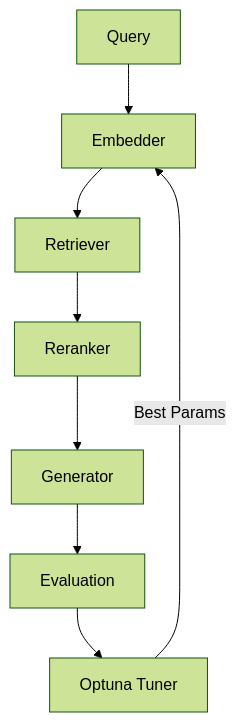
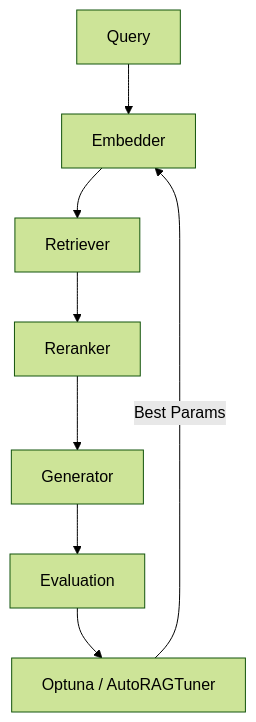
One commit to andyolivers/ragmint changed the diagram in README.md. Above: the diagram before and after it, drawn with Mermaid (forest theme). The commit also changed other lines of this file and 11 other files, not shown here.

Commit message:
feat: Added with AutoTuner, Explainer, and Leaderboard features

````diff
--- a/README.md
+++ b/README.md
@@ -184,10 +241,10 @@
 ```mermaid
 flowchart TD
     A[Query] --> B[Embedder]
     B --> C[Retriever]
     C --> D[Reranker]
     D --> E[Generator]
     E --> F[Evaluation]
-    F --> G[Optuna Tuner]
+    F --> G[Optuna / AutoRAGTuner]
     G -->|Best Params| B
 ```
````
